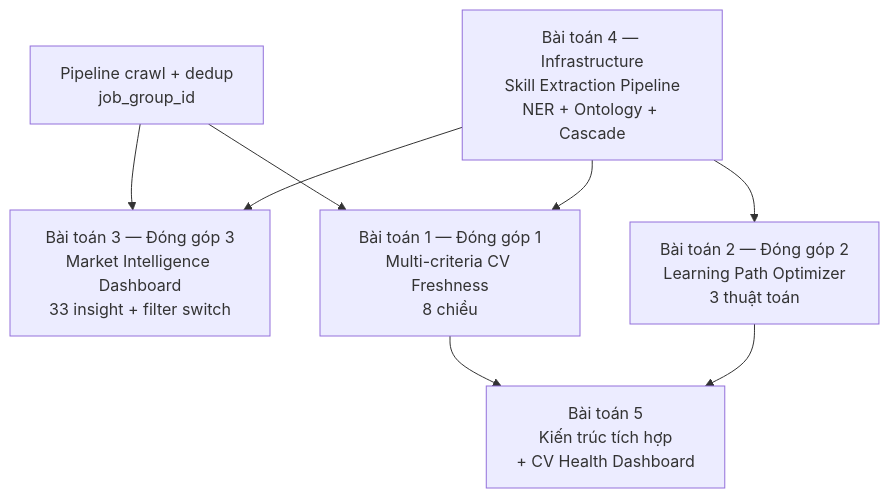
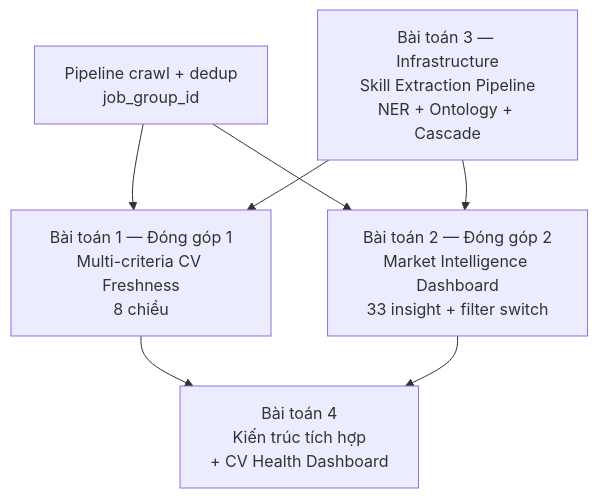
One commit to dungken/cv-assistant changed the diagram in thesis_report/chuong3/3.1_phan_tich_yeu_cau.md. Above: the diagram before and after it, drawn with Mermaid. The commit also changed other lines of this file and 34 other files, not shown here.

````diff
--- a/thesis_report/chuong3/3.1_phan_tich_yeu_cau.md
+++ b/thesis_report/chuong3/3.1_phan_tich_yeu_cau.md
@@ -129,12 +117,10 @@
 ```mermaid
 flowchart TB
-    Crawl[Pipeline crawl + dedup<br/>job_group_id] --> P3
+    Crawl[Pipeline crawl + dedup<br/>job_group_id] --> P2
     Crawl --> P1
-    P4[Bài toán 4 — Infrastructure<br/>Skill Extraction Pipeline<br/>NER + Ontology + Cascade] --> P1
-    P4 --> P2
-    P4 --> P3
-    P1[Bài toán 1 — Đóng góp 1<br/>Multi-criteria CV Freshness<br/>8 chiều] --> P5
-    P2[Bài toán 2 — Đóng góp 2<br/>Learning Path Optimizer<br/>3 thuật toán] --> P5
-    P3[Bài toán 3 — Đóng góp 3<br/>Market Intelligence Dashboard<br/>33 insight + filter switch]
-    P5[Bài toán 5<br/>Kiến trúc tích hợp<br/>+ CV Health Dashboard]
+    P3[Bài toán 3 — Infrastructure<br/>Skill Extraction Pipeline<br/>NER + Ontology + Cascade] --> P1
+    P3 --> P2
+    P1[Bài toán 1 — Đóng góp 1<br/>Multi-criteria CV Freshness<br/>8 chiều] --> P4
+    P2[Bài toán 2 — Đóng góp 2<br/>Market Intelligence Dashboard<br/>33 insight + filter switch] --> P4
+    P4[Bài toán 4<br/>Kiến trúc tích hợp<br/>+ CV Health Dashboard]
 ```
````
